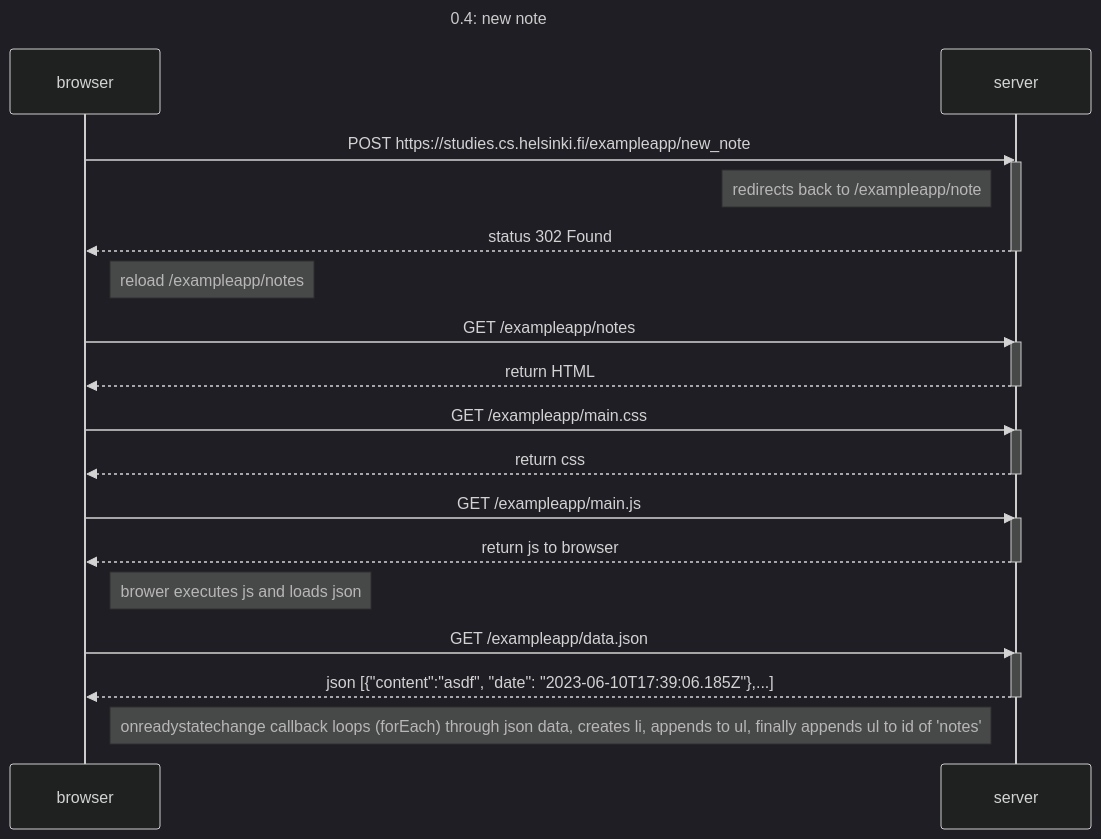
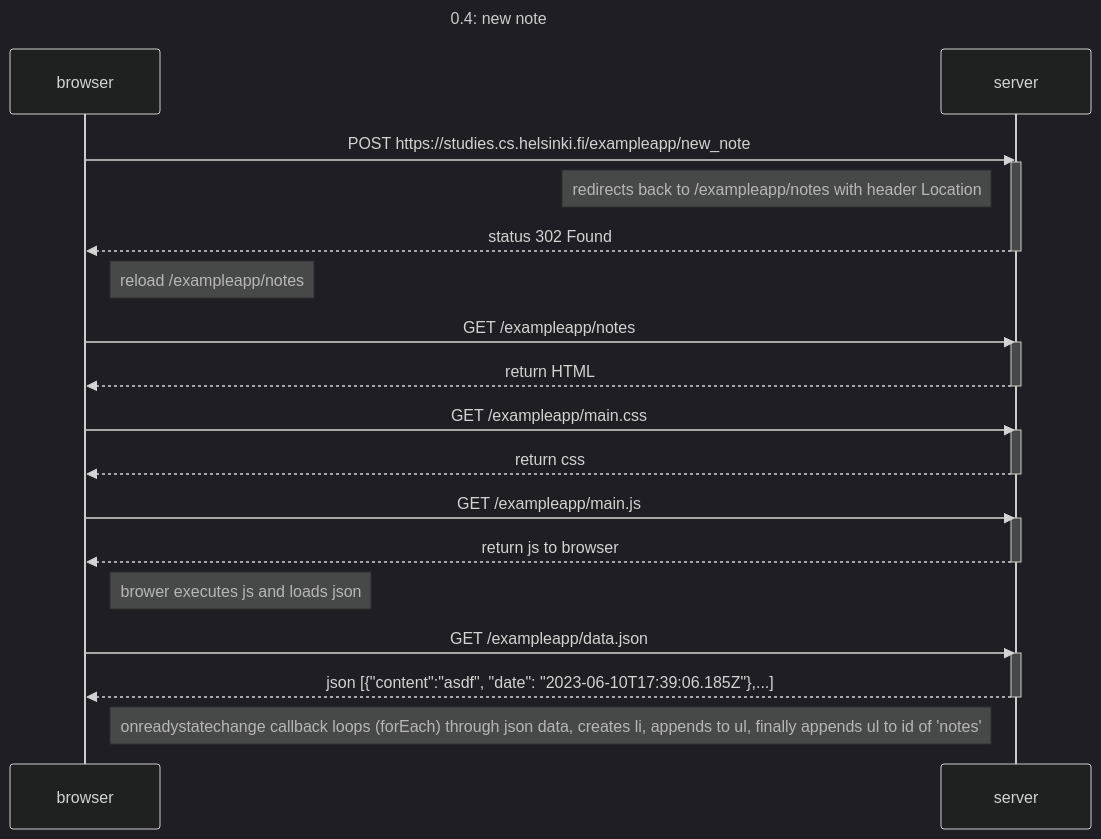
One commit to martinlubpl/full_stack_open_2023_exercises changed the diagram in part0/0.4.md. Above: the diagram before and after it, drawn with Mermaid (dark theme).

Commit message:
0.4 final

````diff
--- a/part0/0.4.md
+++ b/part0/0.4.md
@@ -3,40 +3,40 @@
 ```mermaid
 sequenceDiagram
     Title: 0.4: new note
     participant browser
     participant server
 
     browser->>server: POST https://studies.cs.helsinki.fi/exampleapp/new_note
     activate server
-    Note left of server: redirects back to /exampleapp/note
+    Note left of server: redirects back to /exampleapp/notes with header Location
     server-->>browser: status 302 Found
     deactivate server
     Note right of browser: reload /exampleapp/notes
 
     browser->>server: GET /exampleapp/notes
     activate server
     server-->>browser: return HTML
     deactivate server
 
     browser->>server: GET /exampleapp/main.css
     activate server
     server-->>browser: return css
     deactivate server
 
     browser->>server: GET /exampleapp/main.js
     activate server
     server-->>browser: return js to browser
     deactivate server
 
     Note right of browser: brower executes js and loads json
 
     browser->>server: GET /exampleapp/data.json
     activate server
     server-->>browser: json [{"content":"asdf", "date": "2023-06-10T17:39:06.185Z"},...]
     deactivate server
 
     Note right of browser: onreadystatechange callback loops (forEach) through json data, creates li, appends to ul, finally appends ul to id of 'notes'
 
 
 
 ```
````
